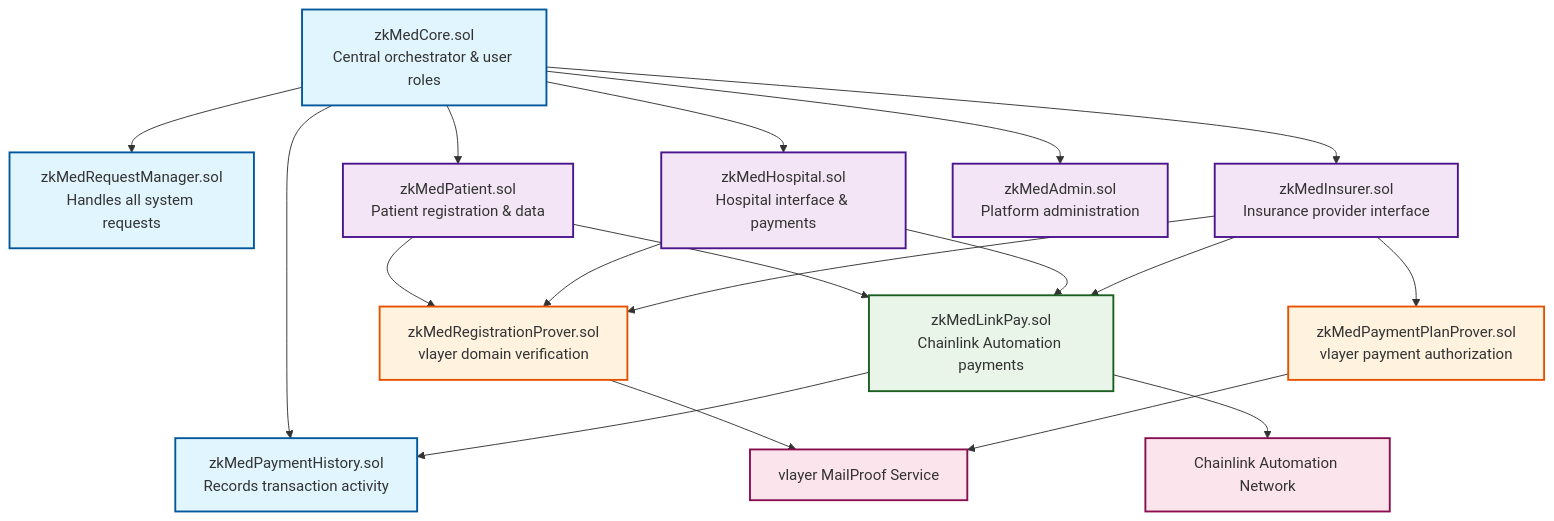
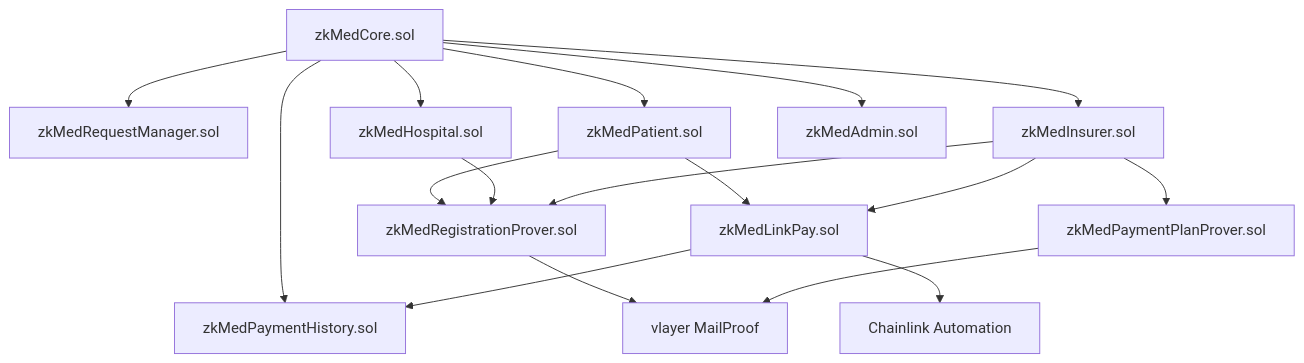
One commit to ppezzull/zkMed changed the first of 2 diagrams in README.md. Above: the diagram before and after it, drawn with Mermaid. The commit also changed other lines of this file and 1 other file, not shown here.

````diff
--- a/README.md
+++ b/README.md
@@ -56,59 +56,32 @@
 ```mermaid
 graph TB
-    %% Core Layer
-    Core[zkMedCore.sol<br/>Central orchestrator & user roles]
-    RequestMgr[zkMedRequestManager.sol<br/>Handles all system requests]
-    PaymentHistory[zkMedPaymentHistory.sol<br/>Records transaction activity]
-    
-    %% Payment Infrastructure
-    LinkPay[zkMedLinkPay.sol<br/>Chainlink Automation payments]
-    
-    %% User Contracts
-    Patient[zkMedPatient.sol<br/>Patient registration & data]
-    Hospital[zkMedHospital.sol<br/>Hospital interface & payments]
-    Insurer[zkMedInsurer.sol<br/>Insurance provider interface]
-    Admin[zkMedAdmin.sol<br/>Platform administration]
-    
-    %% Verification Provers
-    RegProver[zkMedRegistrationProver.sol<br/>vlayer domain verification]
-    PayProver[zkMedPaymentPlanProver.sol<br/>vlayer payment authorization]
-    
-    %% External Services
-    ChainlinkAuto[Chainlink Automation Network]
-    VLayer[vlayer MailProof Service]
-    
-    %% Connections
+    Core[zkMedCore.sol]
+    RequestMgr[zkMedRequestManager.sol]
+    PaymentHistory[zkMedPaymentHistory.sol]
+    LinkPay[zkMedLinkPay.sol]
+    Patient[zkMedPatient.sol]
+    Hospital[zkMedHospital.sol]
+    Insurer[zkMedInsurer.sol]
+    Admin[zkMedAdmin.sol]
+    RegProver[zkMedRegistrationProver.sol]
+    PayProver[zkMedPaymentPlanProver.sol]
+    ChainlinkAuto[Chainlink Automation]
+    VLayer[vlayer MailProof]
+
     Core --> RequestMgr
     Core --> PaymentHistory
     Core --> Patient
     Core --> Hospital
     Core --> Insurer
     Core --> Admin
-    
     Patient --> RegProver
     Hospital --> RegProver
     Insurer --> RegProver
     Insurer --> PayProver
-    
-    LinkPay --> ChainlinkAuto
     RegProver --> VLayer
     PayProver --> VLayer
-    
     LinkPay --> PaymentHistory
     Patient --> LinkPay
-    Hospital --> LinkPay
     Insurer --> LinkPay
-    
-    %% Styling
-    classDef coreClass fill:#e1f5fe,stroke:#01579b,stroke-width:2px
-    classDef userClass fill:#f3e5f5,stroke:#4a148c,stroke-width:2px  
-    classDef paymentClass fill:#e8f5e8,stroke:#1b5e20,stroke-width:2px
-    classDef proverClass fill:#fff3e0,stroke:#e65100,stroke-width:2px
-    classDef externalClass fill:#fce4ec,stroke:#880e4f,stroke-width:2px
-    
-    class Core,RequestMgr,PaymentHistory coreClass
-    class Patient,Hospital,Insurer,Admin userClass
-    class LinkPay paymentClass
-    class RegProver,PayProver proverClass
-    class ChainlinkAuto,VLayer externalClass
+    LinkPay --> ChainlinkAuto
 ```
````
